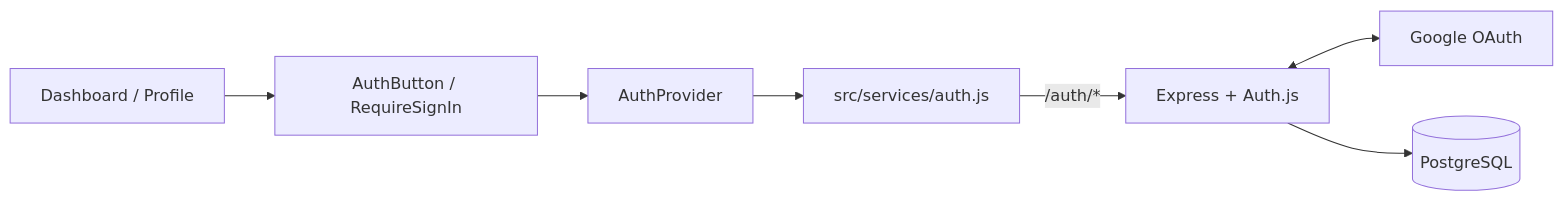
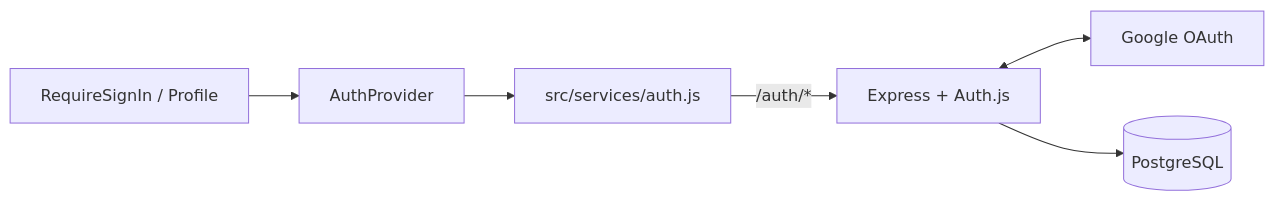
One commit to 6Beaming/Thesis-Rewrite-Lab changed the diagram in docs/alpha/authentication-architecture.md. Above: the diagram before and after it, drawn with Mermaid. The commit also changed other lines of this file and 26 other files, not shown here.

````diff
--- a/docs/alpha/authentication-architecture.md
+++ b/docs/alpha/authentication-architecture.md
@@ -10,9 +9,8 @@
 ```mermaid
 flowchart LR
-    UI["Dashboard / Profile"] --> Components["AuthButton / RequireSignIn"]
-    Components --> Provider["AuthProvider"]
+    UI["RequireSignIn / Profile"] --> Provider["AuthProvider"]
     Provider --> Client["src/services/auth.js"]
     Client -->|"/auth/*"| Server["Express + Auth.js"]
     Server <--> Google["Google OAuth"]
     Server --> Database[("PostgreSQL")]
 ```
````
